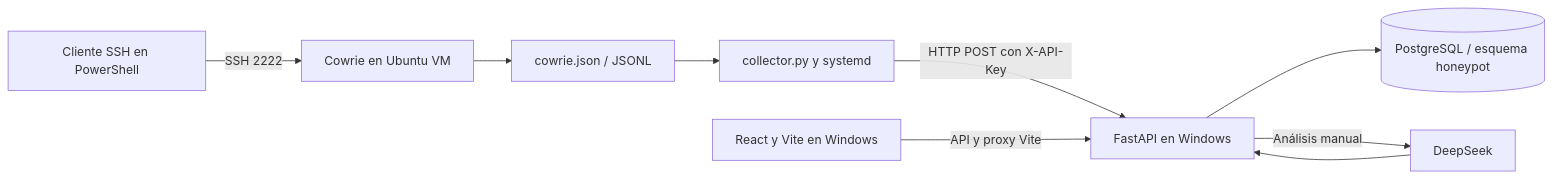
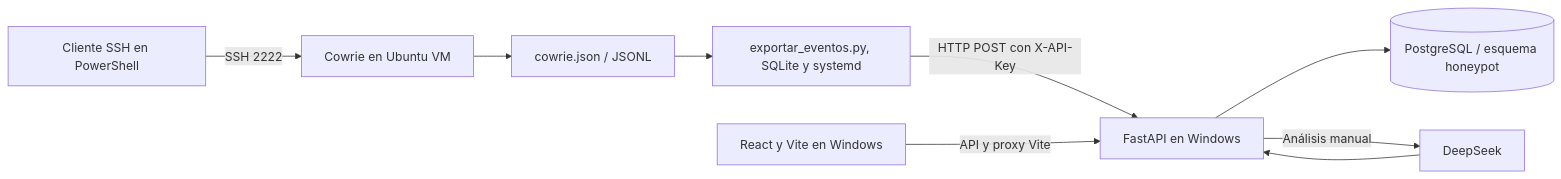
The diagram in README.md (wgarcia-dev/prototipo-tactic-lens), drawn with Mermaid before and after one commit. The commit also changed other lines of this file and 154 other files, not shown here.

````diff
--- a/README.md
+++ b/README.md
@@ -45,11 +45,11 @@
 ```mermaid
 flowchart LR
   A[Cliente SSH en PowerShell] -->|SSH 2222| C[Cowrie en Ubuntu VM]
   C --> J[cowrie.json / JSONL]
-  J --> R[collector.py y systemd]
+  J --> R[exportar_eventos.py, SQLite y systemd]
   R -->|HTTP POST con X-API-Key| B[FastAPI en Windows]
   F[React y Vite en Windows] -->|API y proxy Vite| B
   B --> P[(PostgreSQL / esquema honeypot)]
   B -->|Análisis manual| D[DeepSeek]
   D --> B
 ```
````
